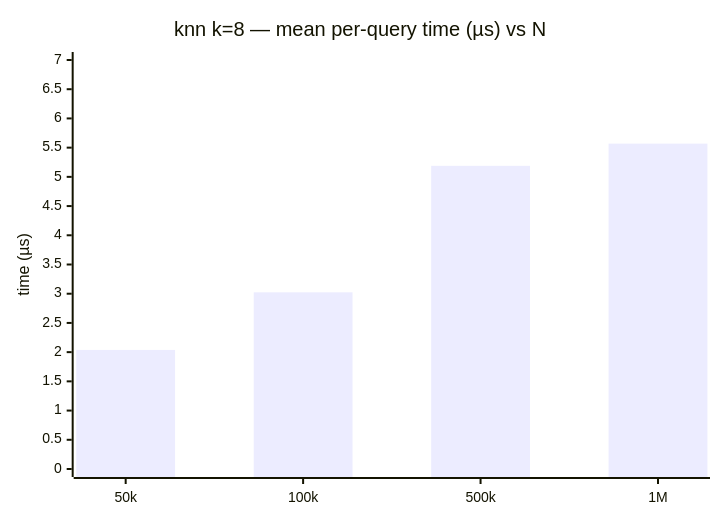
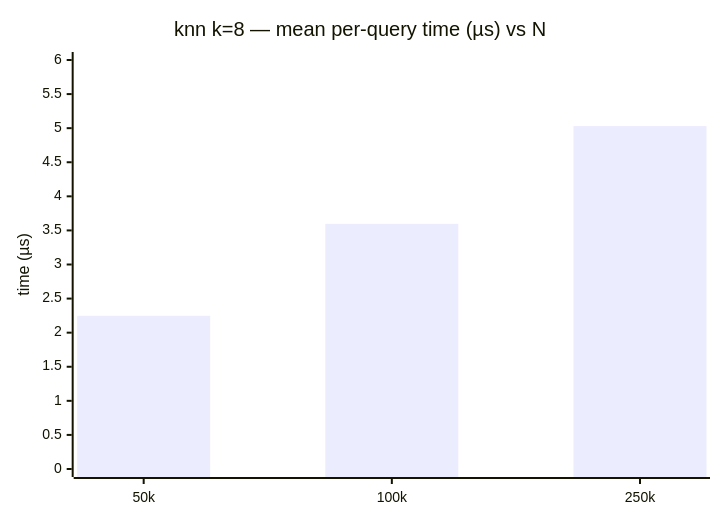
One commit to dch4o/copse changed the diagram in docs/benchmark/search.md. Above: the diagram before and after it, drawn with Mermaid. The commit also changed other lines of this file and 26 other files, not shown here.

````diff
--- a/docs/benchmark/search.md
+++ b/docs/benchmark/search.md
@@ -52,7 +51,7 @@
 ```mermaid
 xychart-beta
     title "knn k=8 — mean per-query time (µs) vs N"
-    x-axis [50k, 100k, 500k, 1M]
-    y-axis "time (µs)" 0 --> 7
-    bar [2.038, 3.024, 5.189, 5.569]
+    x-axis [50k, 100k, 250k]
+    y-axis "time (µs)" 0 --> 6
+    bar [2.247, 3.596, 5.031]
 ```
````
